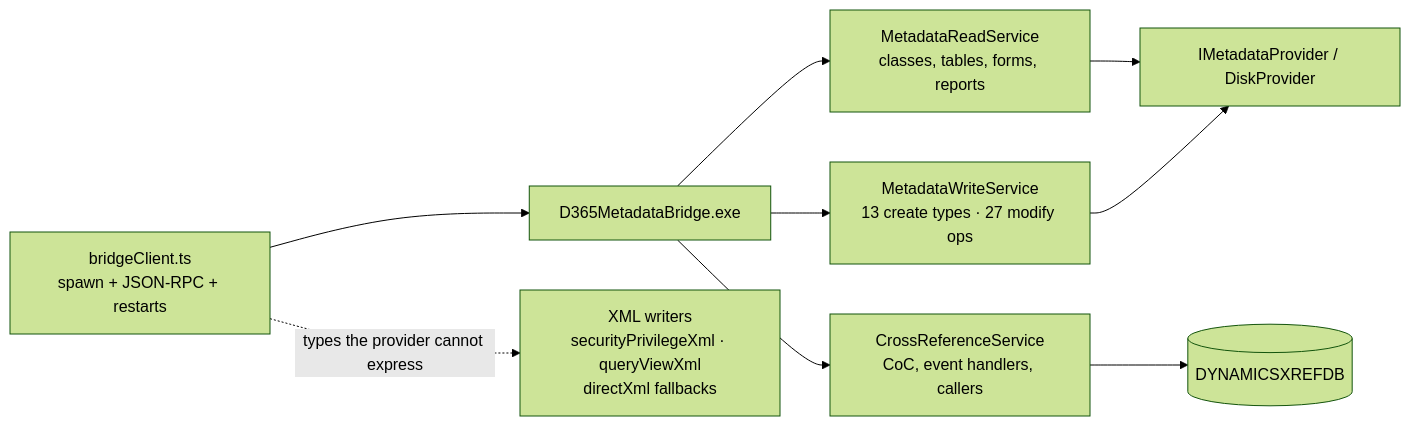
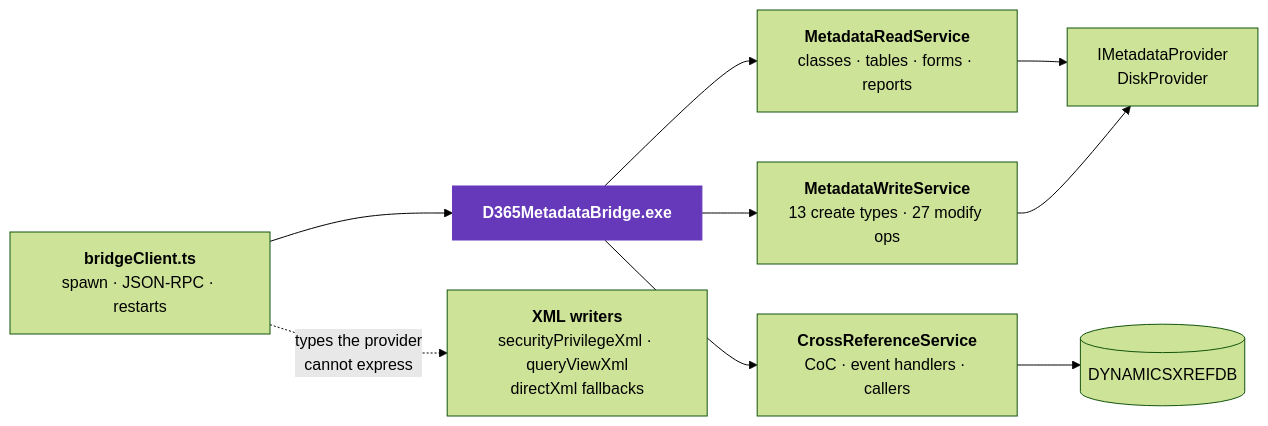
Before and after one commit to dynamics365ninja/d365fo-mcp-server: the fifth of 7 diagrams in docs/ARCHITECTURE.md, drawn with Mermaid (forest theme). The commit also changed other lines of this file and 24 other files, not shown here.

First line of the commit message:
docs: rework README and docs layout, redraw broken diagrams

````diff
--- a/docs/ARCHITECTURE.md
+++ b/docs/ARCHITECTURE.md
@@ -131,10 +204,13 @@
 ```mermaid
-graph LR
-    TS[bridgeClient.ts\nspawn + JSON-RPC + restarts] --> EXE[D365MetadataBridge.exe]
-    TS -.->|types the provider cannot express| XMLW[XML writers\nsecurityPrivilegeXml · queryViewXml\ndirectXml fallbacks]
-    EXE --> READ[MetadataReadService\nclasses, tables, forms, reports]
-    EXE --> WRITE[MetadataWriteService\n13 create types · 27 modify ops]
-    EXE --> XREF[CrossReferenceService\nCoC, event handlers, callers]
-    READ & WRITE --> PROV[IMetadataProvider / DiskProvider]
-    XREF --> SQL[(DYNAMICSXREFDB)]
+flowchart LR
+    TS["<b>bridgeClient.ts</b><br/>spawn · JSON-RPC · restarts"] --> EXE["<b>D365MetadataBridge.exe</b>"]
+    TS -. "types the provider<br/>cannot express" .-> XMLW["<b>XML writers</b><br/>securityPrivilegeXml · queryViewXml<br/>directXml fallbacks"]
+    EXE --> READ["<b>MetadataReadService</b><br/>classes · tables · forms · reports"]
+    EXE --> WRITE["<b>MetadataWriteService</b><br/>13 create types · 27 modify ops"]
+    EXE --> XREF["<b>CrossReferenceService</b><br/>CoC · event handlers · callers"]
+    READ & WRITE --> PROV["IMetadataProvider<br/>DiskProvider"]
+    XREF --> SQL[("DYNAMICSXREFDB")]
+
+    classDef bridge fill:#6639ba,stroke:#6639ba,color:#ffffff
+    class EXE bridge
 ```
````
